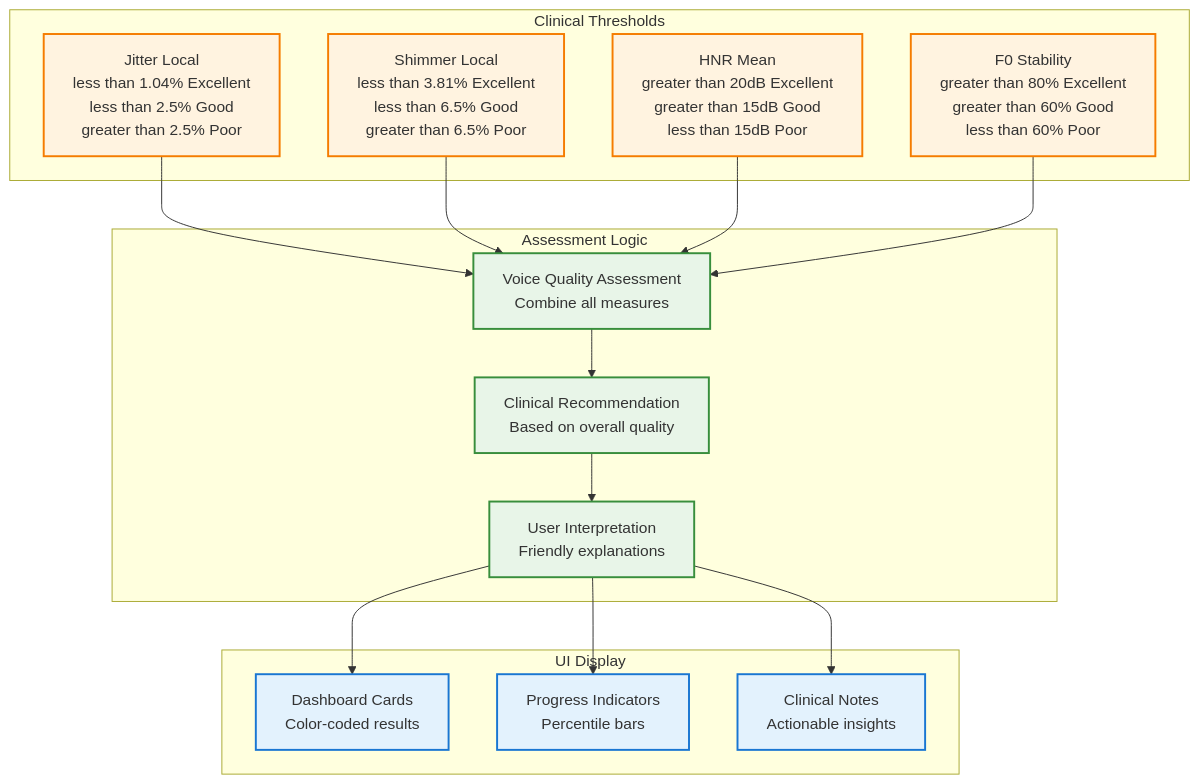
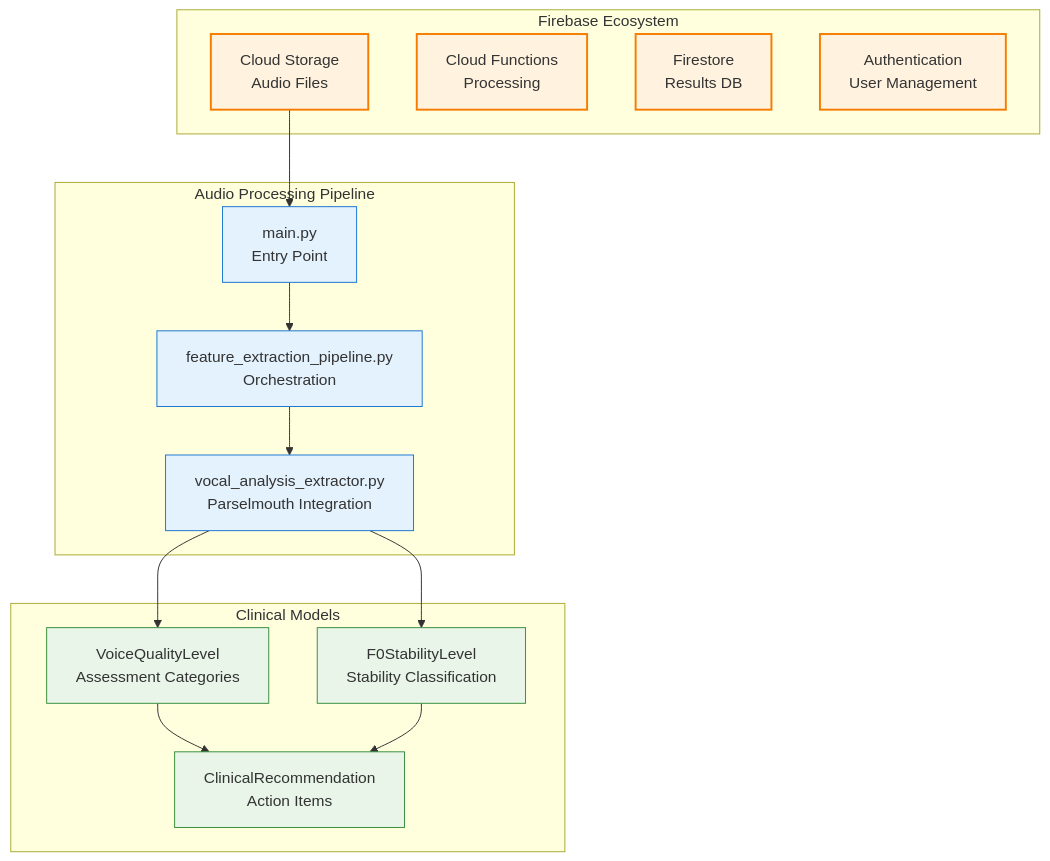
Before and after one commit to PoisonIvory/sage: the sixth of 9 diagrams in ARCHITECTURE.md, drawn with Mermaid. The commit also changed other lines of this file, not shown here.

Commit message:
Streamline architecture documentation for executive clarity

````diff
--- a/ARCHITECTURE.md
+++ b/ARCHITECTURE.md
@@ -507,39 +213,37 @@
 ```mermaid
 graph TD
-    subgraph "Clinical Thresholds"
-        A1[Jitter Local<br/>less than 1.04% Excellent<br/>less than 2.5% Good<br/>greater than 2.5% Poor]
-        A2[Shimmer Local<br/>less than 3.81% Excellent<br/>less than 6.5% Good<br/>greater than 6.5% Poor]
-        A3[HNR Mean<br/>greater than 20dB Excellent<br/>greater than 15dB Good<br/>less than 15dB Poor]
-        A4[F0 Stability<br/>greater than 80% Excellent<br/>greater than 60% Good<br/>less than 60% Poor]
+    subgraph "Firebase Ecosystem"
+        A1[Cloud Storage<br/>Audio Files]
+        A2[Cloud Functions<br/>Processing]
+        A3[Firestore<br/>Results DB]
+        A4[Authentication<br/>User Management]
     end
     
-    subgraph "Assessment Logic"
-        B1[Voice Quality Assessment<br/>Combine all measures]
-        B2[Clinical Recommendation<br/>Based on overall quality]
-        B3[User Interpretation<br/>Friendly explanations]
+    subgraph "Audio Processing Pipeline"
+        B1[main.py<br/>Entry Point]
+        B2[feature_extraction_pipeline.py<br/>Orchestration]
+        B3[vocal_analysis_extractor.py<br/>Parselmouth Integration]
     end
     
-    subgraph "UI Display"
-        C1[Dashboard Cards<br/>Color-coded results]
-        C2[Progress Indicators<br/>Percentile bars]
-        C3[Clinical Notes<br/>Actionable insights]
+    subgraph "Clinical Models"
+        D1[VoiceQualityLevel<br/>Assessment Categories]
+        D2[F0StabilityLevel<br/>Stability Classification]
+        D3[ClinicalRecommendation<br/>Action Items]
     end
     
     A1 --> B1
-    A2 --> B1
-    A3 --> B1
-    A4 --> B1
     B1 --> B2
     B2 --> B3
-    B3 --> C1
-    B3 --> C2
-    B3 --> C3
+    B3 --> D1
+    B3 --> D2
+    D1 --> D3
+    D2 --> D3
     
-    classDef threshold fill:#fff3e0,stroke:#f57c00,stroke-width:2px
-    classDef assessment fill:#e8f5e8,stroke:#388e3c,stroke-width:2px
-    classDef display fill:#e3f2fd,stroke:#1976d2,stroke-width:2px
+    classDef firebase fill:#fff3e0,stroke:#f57c00,stroke-width:2px
+    classDef pipeline fill:#e3f2fd,stroke:#1976d2,stroke-width:1px
+    classDef clinical fill:#e8f5e8,stroke:#388e3c,stroke-width:1px
     
-    class A1,A2,A3,A4 threshold
-    class B1,B2,B3 assessment
-    class C1,C2,C3 display
+    class A1,A2,A3,A4 firebase
+    class B1,B2,B3 pipeline
+    class D1,D2,D3 clinical
 ```
````
